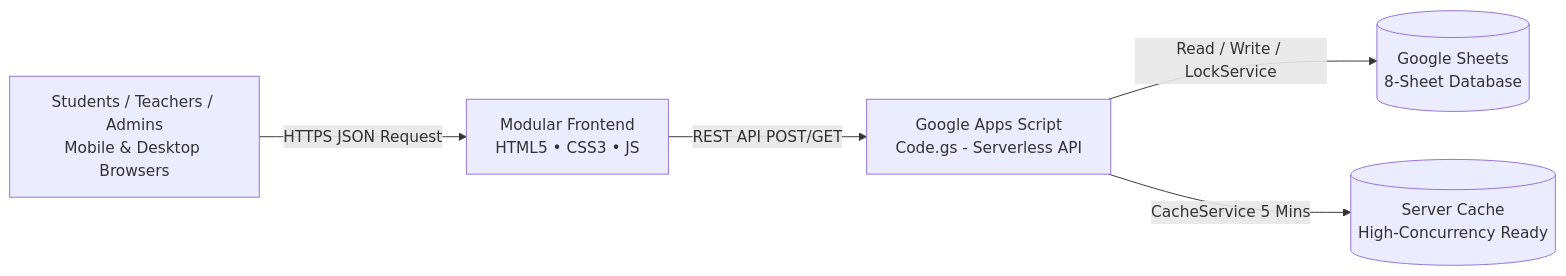
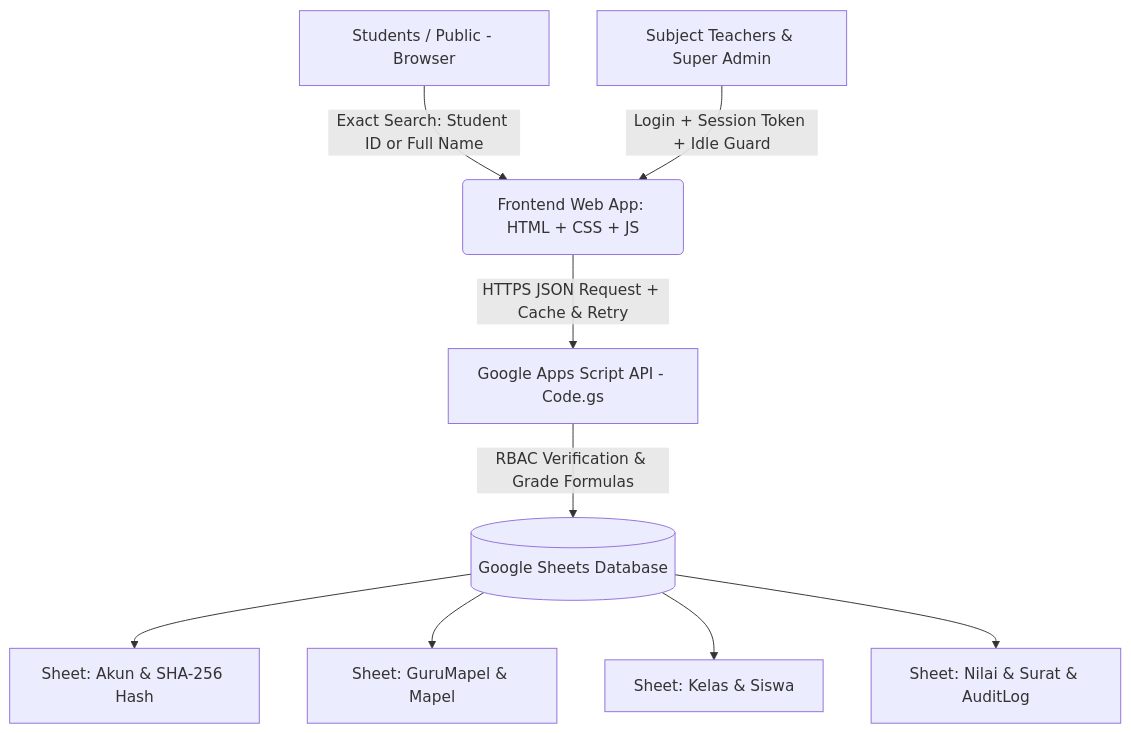
The second of 2 diagrams in README.md (IlhamSancez20/Portal-Penilaian-Akhir), drawn with Mermaid before and after one commit. The commit also changed other lines of this file, not shown here.

````diff
--- a/README.md
+++ b/README.md
@@ -348,7 +322,11 @@
 ```mermaid
-flowchart LR
-    A[Students / Teachers / Admins<br/>Mobile & Desktop Browsers] -->|HTTPS JSON Request| B[Modular Frontend<br/>HTML5 • CSS3 • JS]
-    B -->|REST API POST/GET| C[Google Apps Script<br/>Code.gs - Serverless API]
-    C -->|Read / Write / LockService| D[(Google Sheets<br/>8-Sheet Database)]
-    C -->|CacheService 5 Mins| E[(Server Cache<br/>High-Concurrency Ready)]
+graph TD
+    A[Students / Public - Browser] -->|Exact Search: Student ID or Full Name| B(Frontend Web App: HTML + CSS + JS)
+    C[Subject Teachers & Super Admin] -->|Login + Session Token + Idle Guard| B
+    B -->|HTTPS JSON Request + Cache & Retry| D[Google Apps Script API - Code.gs]
+    D -->|RBAC Verification & Grade Formulas| E[(Google Sheets Database)]
+    E --> E1[Sheet: Akun & SHA-256 Hash]
+    E --> E2[Sheet: GuruMapel & Mapel]
+    E --> E3[Sheet: Kelas & Siswa]
+    E --> E4[Sheet: Nilai & Surat & AuditLog]
 ```
````
